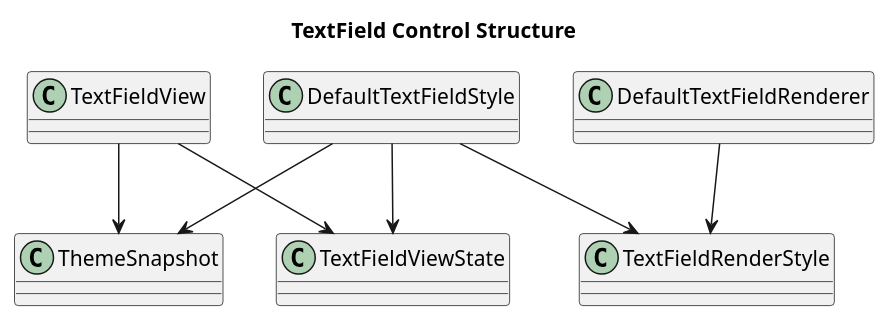
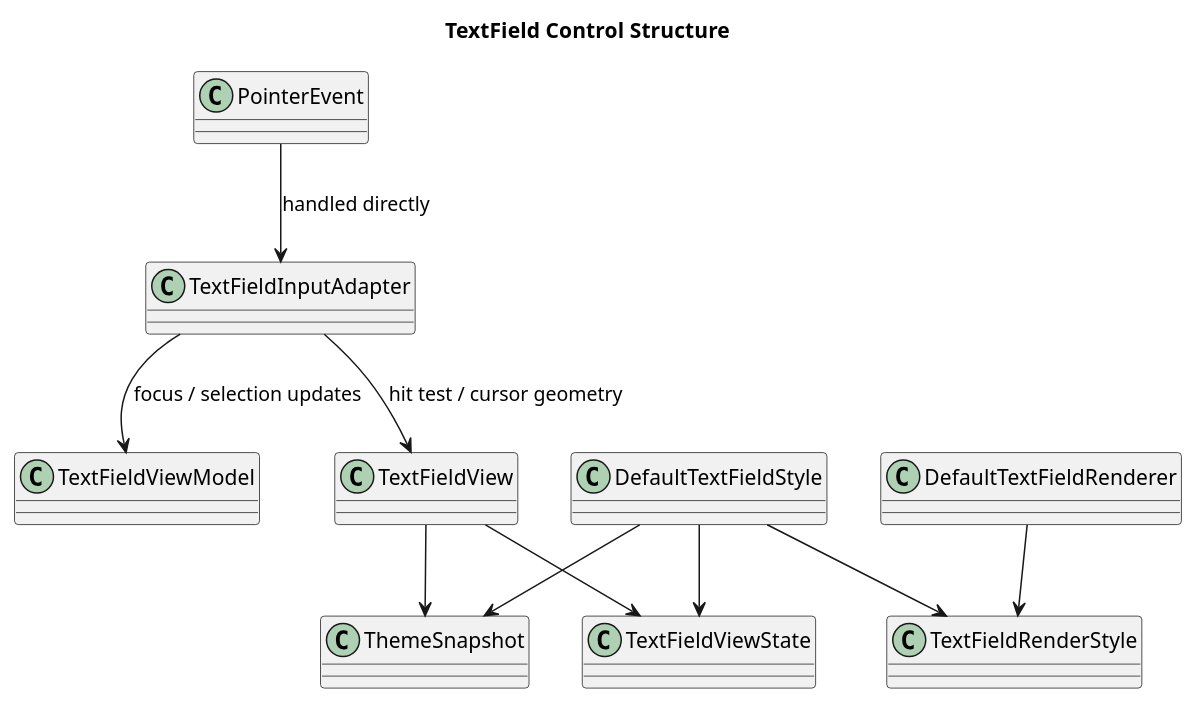
Before and after one commit to cdpoloz/cpz-mvvm-processing-controls: the diagram in docs/uml/control_textfield.puml, drawn with PlantUML. The commit also changed 13 other files, not shown here.

```diff
--- a/docs/uml/control_textfield.puml
+++ b/docs/uml/control_textfield.puml
@@ -1,19 +1,25 @@
 @startuml
 title TextField Control Structure
 skinparam packageStyle rectangle
 skinparam shadowing false
 
+class PointerEvent
+class TextFieldInputAdapter
+class TextFieldViewModel
 class TextFieldView
 class TextFieldViewState
 class DefaultTextFieldStyle
 class TextFieldRenderStyle
 class DefaultTextFieldRenderer
 class ThemeSnapshot
 
+PointerEvent --> TextFieldInputAdapter : handled directly
+TextFieldInputAdapter --> TextFieldView : hit test / cursor geometry
+TextFieldInputAdapter --> TextFieldViewModel : focus / selection updates
 TextFieldView --> TextFieldViewState
 TextFieldView --> ThemeSnapshot
 DefaultTextFieldStyle --> TextFieldViewState
 DefaultTextFieldStyle --> ThemeSnapshot
 DefaultTextFieldStyle --> TextFieldRenderStyle
 DefaultTextFieldRenderer --> TextFieldRenderStyle
 @enduml
```
